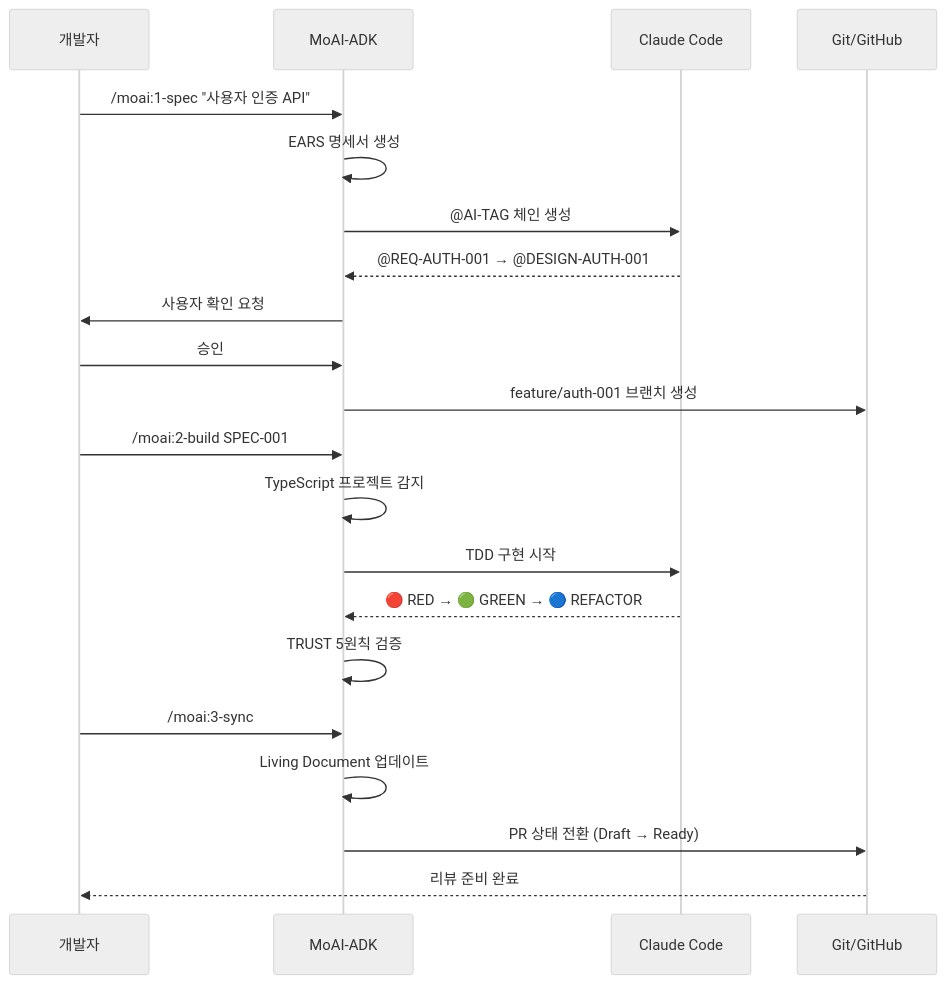
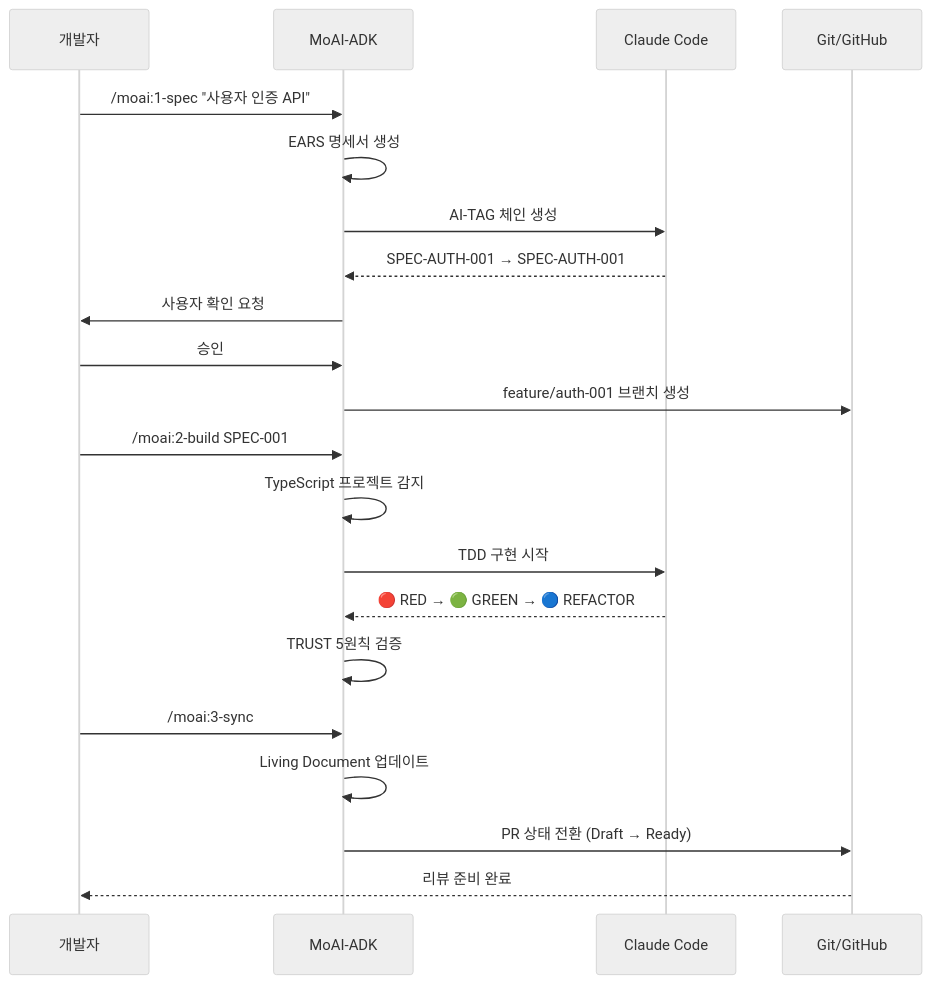
Before and after one commit to modu-ai/moai-adk: the fifth of 6 diagrams in README.md, drawn with Mermaid (neutral theme). The commit also changed other lines of this file and 104 other files, not shown here.

````diff
--- a/README.md
+++ b/README.md
@@ -345,26 +345,26 @@
 ```mermaid
 sequenceDiagram
     participant Dev as 개발자
     participant MoAI as MoAI-ADK
     participant Claude as Claude Code
     participant Git as Git/GitHub
 
     Dev->>MoAI: /moai:1-spec "사용자 인증 API"
     MoAI->>MoAI: EARS 명세서 생성
-    MoAI->>Claude: @AI-TAG 체인 생성
-    Claude-->>MoAI: @REQ-AUTH-001 → @DESIGN-AUTH-001
+    MoAI->>Claude: AI-TAG 체인 생성
+    Claude-->>MoAI: SPEC-AUTH-001 → SPEC-AUTH-001
     MoAI->>Dev: 사용자 확인 요청
     Dev->>MoAI: 승인
     MoAI->>Git: feature/auth-001 브랜치 생성
 
     Dev->>MoAI: /moai:2-build SPEC-001
     MoAI->>MoAI: TypeScript 프로젝트 감지
     MoAI->>Claude: TDD 구현 시작
     Claude-->>MoAI: 🔴 RED → 🟢 GREEN → 🔵 REFACTOR
     MoAI->>MoAI: TRUST 5원칙 검증
 
     Dev->>MoAI: /moai:3-sync
     MoAI->>MoAI: Living Document 업데이트
     MoAI->>Git: PR 상태 전환 (Draft → Ready)
     Git-->>Dev: 리뷰 준비 완료
 ```
````
